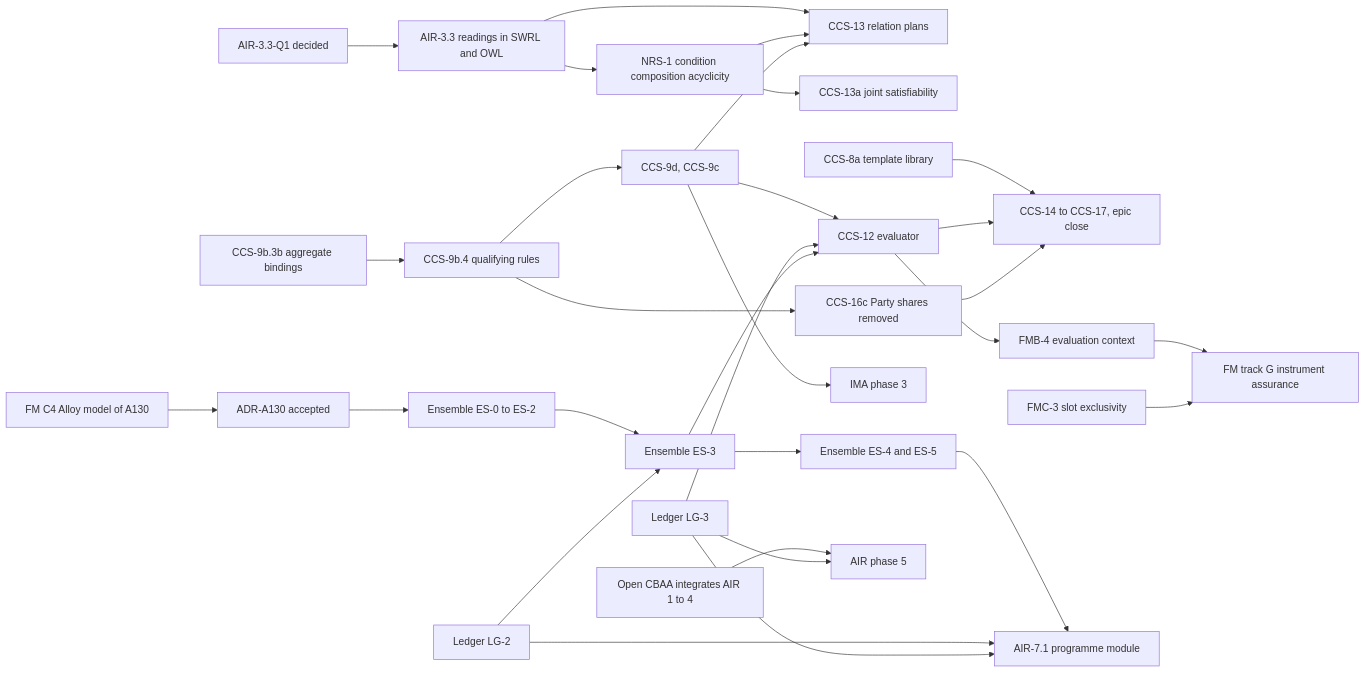
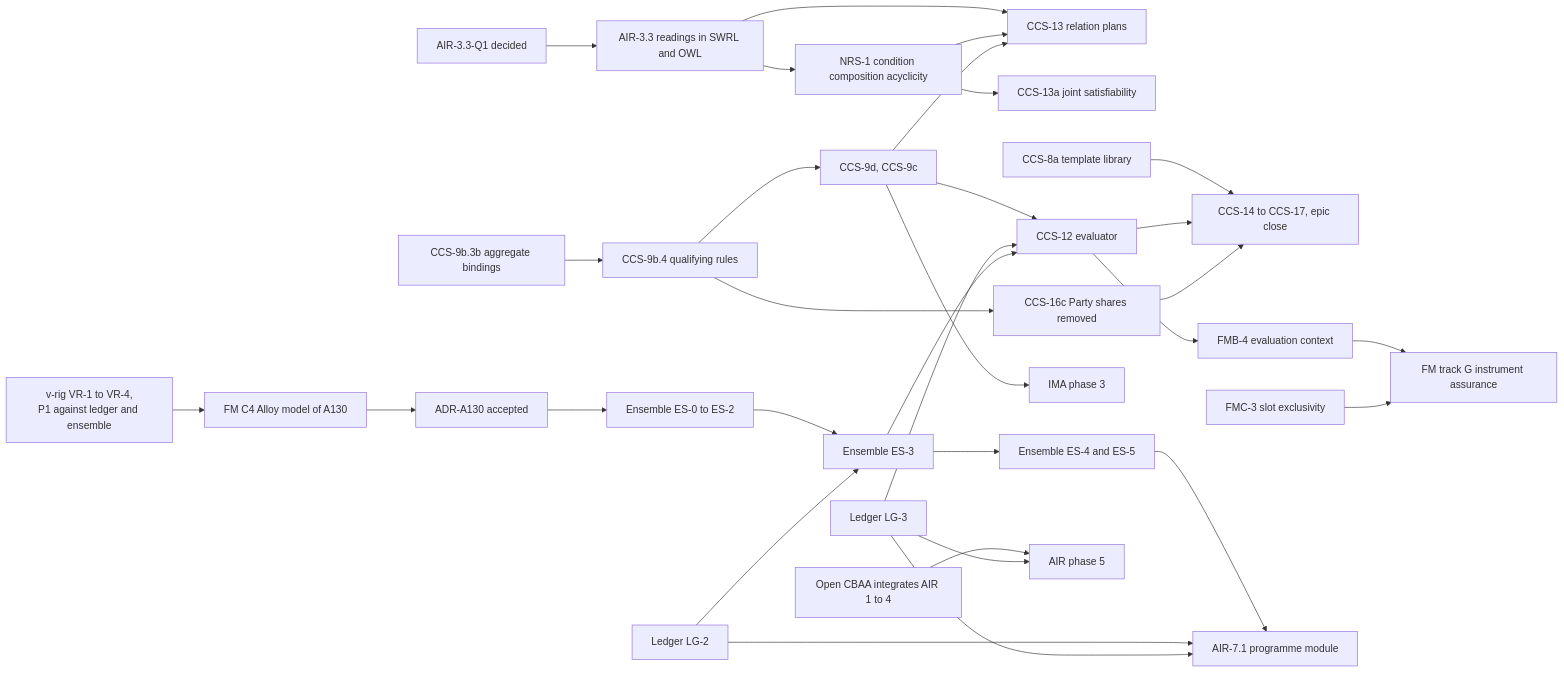
One commit to nebularis/lattice changed diagram 27 of 29 in docs/developer/ROADMAP.md. Above: the diagram before and after it, drawn with Mermaid. The commit also changed other lines of this file and 3 other files, not shown here.

````diff
--- a/docs/developer/ROADMAP.md
+++ b/docs/developer/ROADMAP.md
@@ -860,32 +863,33 @@
 ```mermaid
 flowchart LR
     Q1["AIR-3.3-Q1 decided"] --> AIR33["AIR-3.3 readings in SWRL and OWL"]
     AIR33 --> NRS1["NRS-1 condition composition acyclicity"]
     AIR33 --> CCS13["CCS-13 relation plans"]
     NRS1 --> CCS13
     NRS1 --> CCS13a["CCS-13a joint satisfiability"]
     K93["CCS-9b.3b aggregate bindings"] --> K94["CCS-9b.4 qualifying rules"]
     K94 --> REST["CCS-9d, CCS-9c"]
     REST --> CCS12["CCS-12 evaluator"]
     REST --> CCS13
     LG3C["Ledger LG-3"] --> CCS12
     ES3C["Ensemble ES-3"] --> CCS12
     K8A["CCS-8a template library"] --> CLOSE
     K94 --> K16c["CCS-16c Party shares removed"]
     CCS12 --> FMB4["FMB-4 evaluation context"]
     FMB4 --> G["FM track G instrument assurance"]
     FMC3["FMC-3 slot exclusivity"] --> G
     CCS12 --> CLOSE["CCS-14 to CCS-17, epic close"]
     K16c --> CLOSE
     REST --> IMA3["IMA phase 3"]
-    C4A["FM C4 Alloy model of A130"] --> A130["ADR-A130 accepted"]
+    VR4["v-rig VR-1 to VR-4,<br/>P1 against ledger and ensemble"] --> C4A["FM C4 Alloy model of A130"]
+    C4A --> A130["ADR-A130 accepted"]
     A130 --> ES012["Ensemble ES-0 to ES-2"]
     ES012 --> ES3C
     LG2C["Ledger LG-2"] --> ES3C
     ES3C --> ES45["Ensemble ES-4 and ES-5"]
     ES45 --> AIR71["AIR-7.1 programme module"]
     LG2C --> AIR71
     LG3C --> AIR71
     CBAA["Open CBAA integrates AIR 1 to 4"] --> AIR5["AIR phase 5"]
     LG3C --> AIR5
 ```
````
